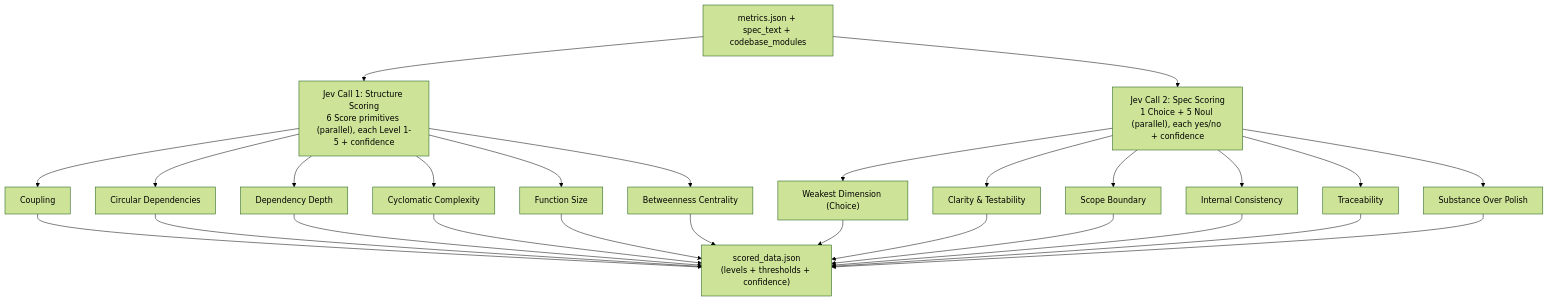
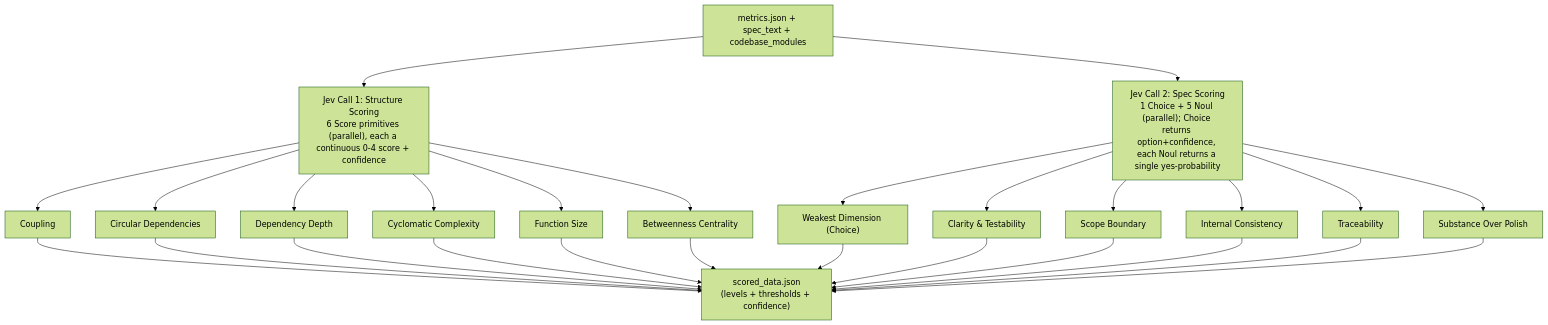
Before and after one commit to arieprasetyo-ecomindo/scorer_cli: the second of 3 diagrams in docs/ARCHITECTURE.md, drawn with Mermaid (forest theme). The commit also changed other lines of this file and 16 other files, not shown here.

Commit message:
jev scoring of the lizard and networkx metrics

````diff
--- a/docs/ARCHITECTURE.md
+++ b/docs/ARCHITECTURE.md
@@ -28,20 +28,20 @@
 ```mermaid
 flowchart TD
-    IN["metrics.json + spec_text + codebase_modules"] --> S["Jev Call 1: Structure Scoring<br/>6 Score primitives (parallel), each Level 1-5 + confidence"]
+    IN["metrics.json + spec_text + codebase_modules"] --> S["Jev Call 1: Structure Scoring<br/>6 Score primitives (parallel), each a continuous 0-4 score + confidence"]
     S --> S1["Coupling"]
     S --> S2["Circular Dependencies"]
     S --> S3["Dependency Depth"]
     S --> S4["Cyclomatic Complexity"]
     S --> S5["Function Size"]
     S --> S6["Betweenness Centrality"]
 
-    IN --> P["Jev Call 2: Spec Scoring<br/>1 Choice + 5 Noul (parallel), each yes/no + confidence"]
+    IN --> P["Jev Call 2: Spec Scoring<br/>1 Choice + 5 Noul (parallel); Choice returns option+confidence, each Noul returns a single yes-probability"]
     P --> P0["Weakest Dimension (Choice)"]
     P --> P1["Clarity & Testability"]
     P --> P2["Scope Boundary"]
     P --> P3["Internal Consistency"]
     P --> P4["Traceability"]
     P --> P5["Substance Over Polish"]
 
     S1 & S2 & S3 & S4 & S5 & S6 & P0 & P1 & P2 & P3 & P4 & P5 --> OUT["scored_data.json<br/>(levels + thresholds + confidence)"]
 ```
````
